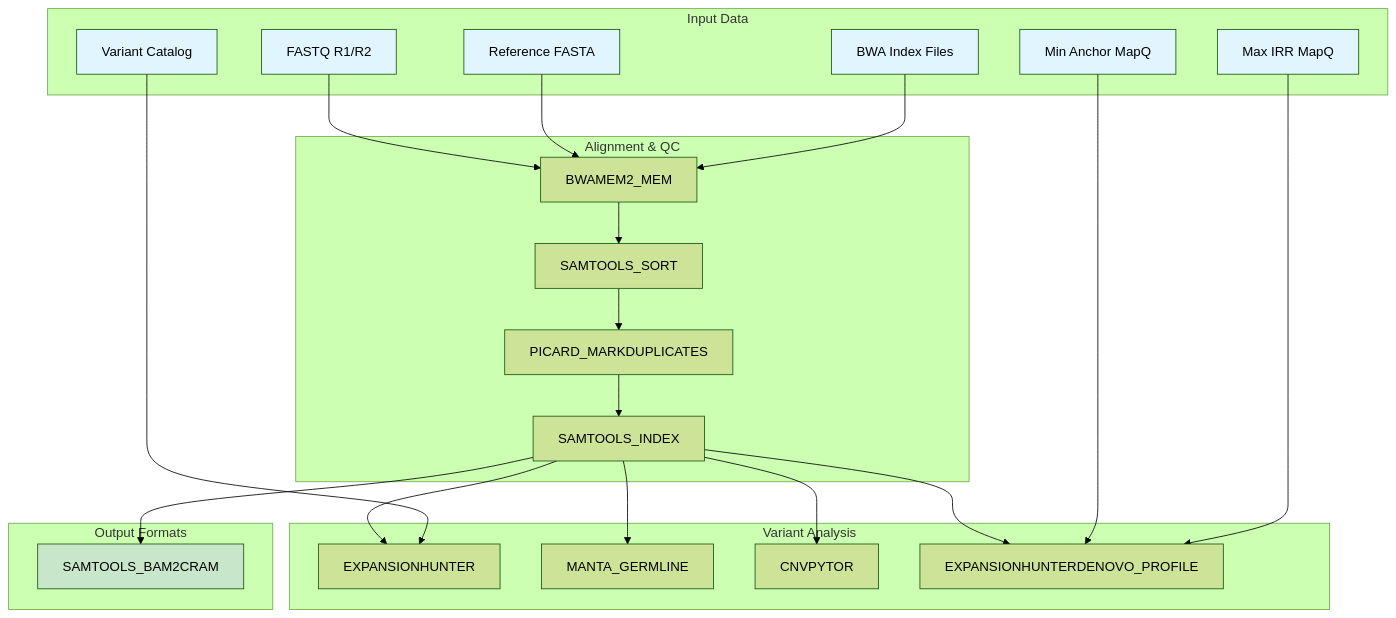
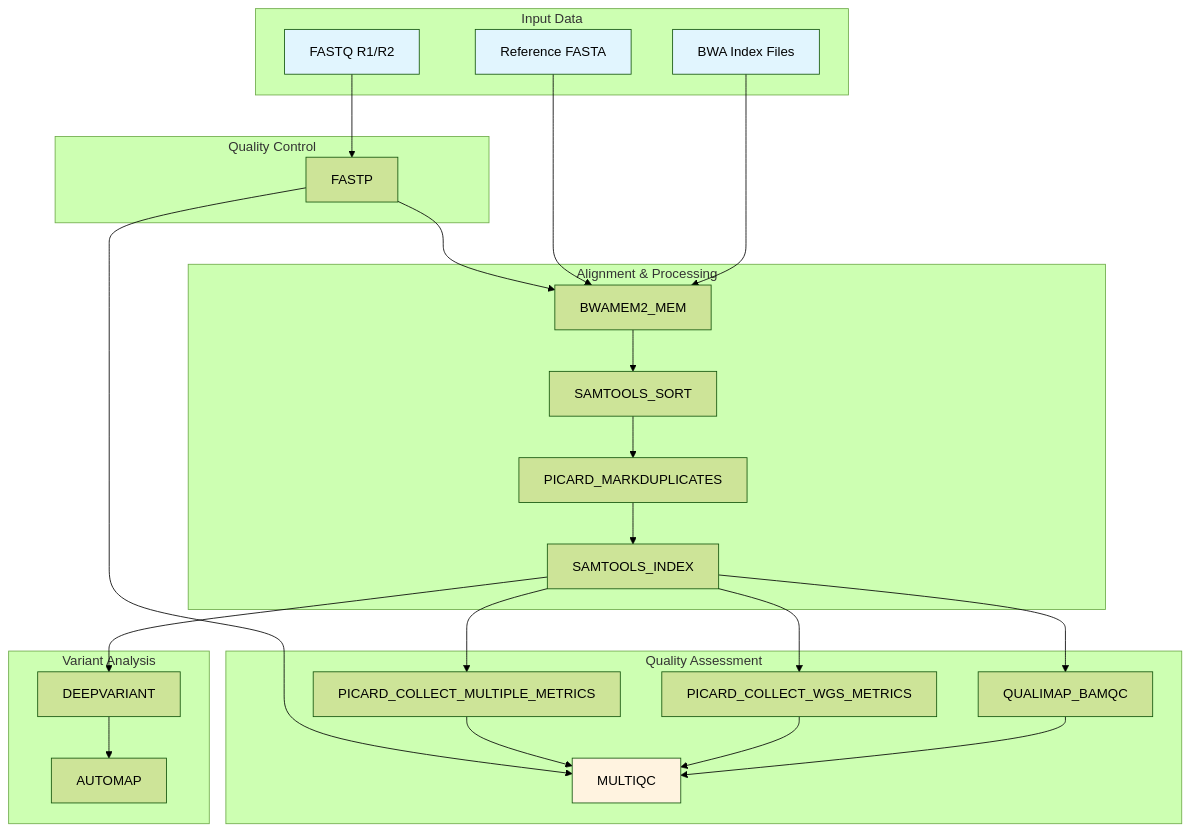
The diagram in README.md (uclanelsonlab/nl-wgs_wf), drawn with Mermaid (forest theme) before and after one commit. The commit also changed other lines of this file and 1 other file, not shown here.

````diff
--- a/README.md
+++ b/README.md
@@ -23,55 +42,57 @@
 ```mermaid
 graph TD
-    A[FASTQ R1/R2] --> B[BWAMEM2_MEM]
-    C[Reference FASTA] --> B
-    D[BWA Index Files] --> B
+    A[FASTQ R1/R2] --> B[FASTP]
+    B --> C[BWAMEM2_MEM]
+    D[Reference FASTA] --> C
+    E[BWA Index Files] --> C
     
-    B --> E[SAMTOOLS_SORT]
-    E --> F[PICARD_MARKDUPLICATES]
-    F --> G[SAMTOOLS_INDEX]
+    C --> F[SAMTOOLS_SORT]
+    F --> G[PICARD_MARKDUPLICATES]
+    G --> H[SAMTOOLS_INDEX]
     
-    G --> H[EXPANSIONHUNTER]
-    G --> I[MANTA_GERMLINE]
-    G --> J[CNVPYTOR]
-    G --> K[EXPANSIONHUNTERDENOVO_PROFILE]
-    G --> L[SAMTOOLS_BAM2CRAM]
+    H --> I[PICARD_COLLECT_MULTIPLE_METRICS]
+    H --> J[PICARD_COLLECT_WGS_METRICS]
+    H --> K[QUALIMAP_BAMQC]
     
-    M[Variant Catalog] --> H
-    N[Min Anchor MapQ] --> K
-    O[Max IRR MapQ] --> K
+    B --> L[MULTIQC]
+    I --> L
+    J --> L
+    K --> L
+    
+    H --> M[DEEPVARIANT]
+    M --> N[AUTOMAP]
     
     subgraph "Input Data"
         A
-        C
         D
-        M
-        N
-        O
+        E
     end
     
-    subgraph "Alignment & QC"
+    subgraph "Quality Control"
         B
-        E
+    end
+    
+    subgraph "Alignment & Processing"
+        C
         F
         G
+        H
+    end
+    
+    subgraph "Quality Assessment"
+        I
+        J
+        K
+        L
     end
     
     subgraph "Variant Analysis"
-        H
-        I
-        J
-        K
-    end
-    
-    subgraph "Output Formats"
-        L
+        M
+        N
     end
     
     style A fill:#e1f5fe
-    style C fill:#e1f5fe
     style D fill:#e1f5fe
-    style M fill:#e1f5fe
-    style N fill:#e1f5fe
-    style O fill:#e1f5fe
-    style L fill:#c8e6c9
+    style E fill:#e1f5fe
+    style L fill:#fff3e0
 ```
````
